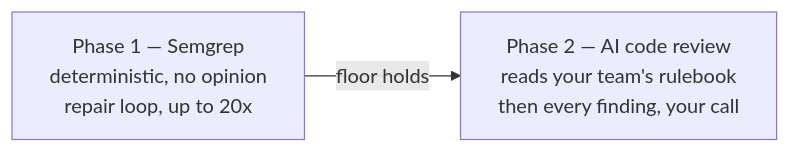
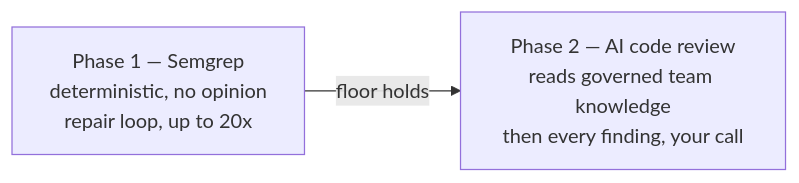
Before and after one commit to iuf26/inhousecode: the diagram in docs/design-principles.md, drawn with Mermaid. The commit also changed other lines of this file and 102 other files, not shown here.

````diff
--- a/docs/design-principles.md
+++ b/docs/design-principles.md
@@ -8,6 +8,6 @@
 ```mermaid
 flowchart LR
     P1["Phase 1 — Semgrep<br/>deterministic, no opinion<br/>repair loop, up to 20x"]
-    P2["Phase 2 — AI code review<br/>reads your team's rulebook<br/>then every finding, your call"]
+    P2["Phase 2 — AI code review<br/>reads governed team knowledge<br/>then every finding, your call"]
     P1 -->|floor holds| P2
 ```
````
